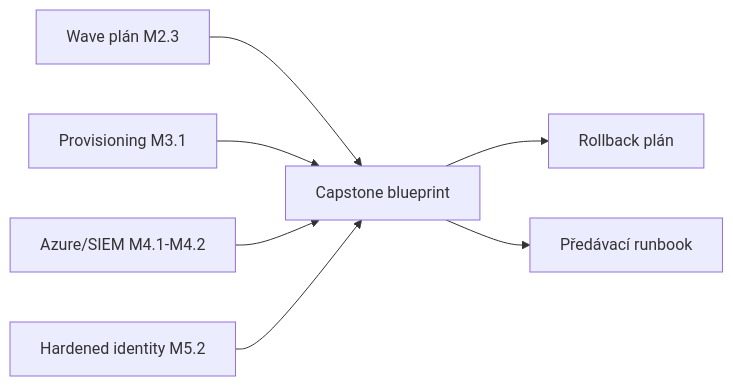
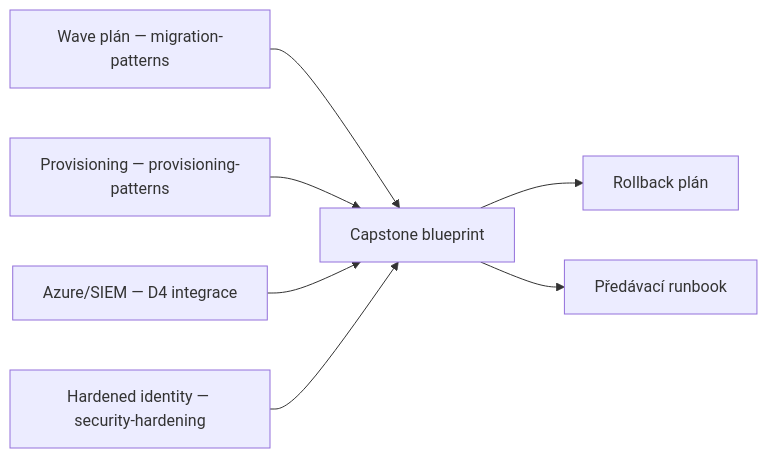
Before and after one commit to MalasekPetr/gopas-goc223: the diagram in day-5/performance-cost-capstone/README.md, drawn with Mermaid. The commit also changed other lines of this file and 51 other files, not shown here.

````diff
--- a/day-5/performance-cost-capstone/README.md
+++ b/day-5/performance-cost-capstone/README.md
@@ -50,9 +52,9 @@
 ```mermaid
 flowchart LR
-  A[Wave plán M2.3] --> E[Capstone blueprint]
-  B[Provisioning M3.1] --> E
-  C[Azure/SIEM M4.1-M4.2] --> E
-  D[Hardened identity M5.2] --> E
+  A[Wave plán — migration-patterns] --> E[Capstone blueprint]
+  B[Provisioning — provisioning-patterns] --> E
+  C[Azure/SIEM — D4 integrace] --> E
+  D[Hardened identity — security-hardening] --> E
   E --> F[Rollback plán]
   E --> G[Předávací runbook]
 ```
````
